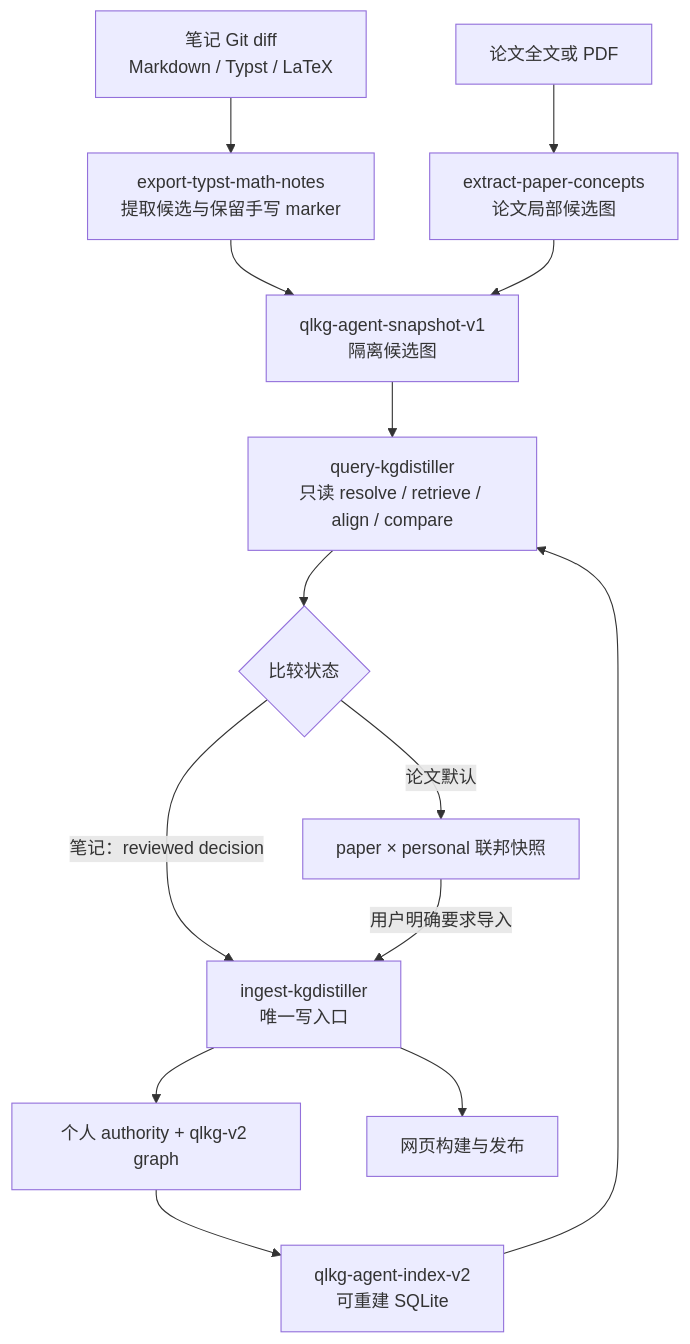
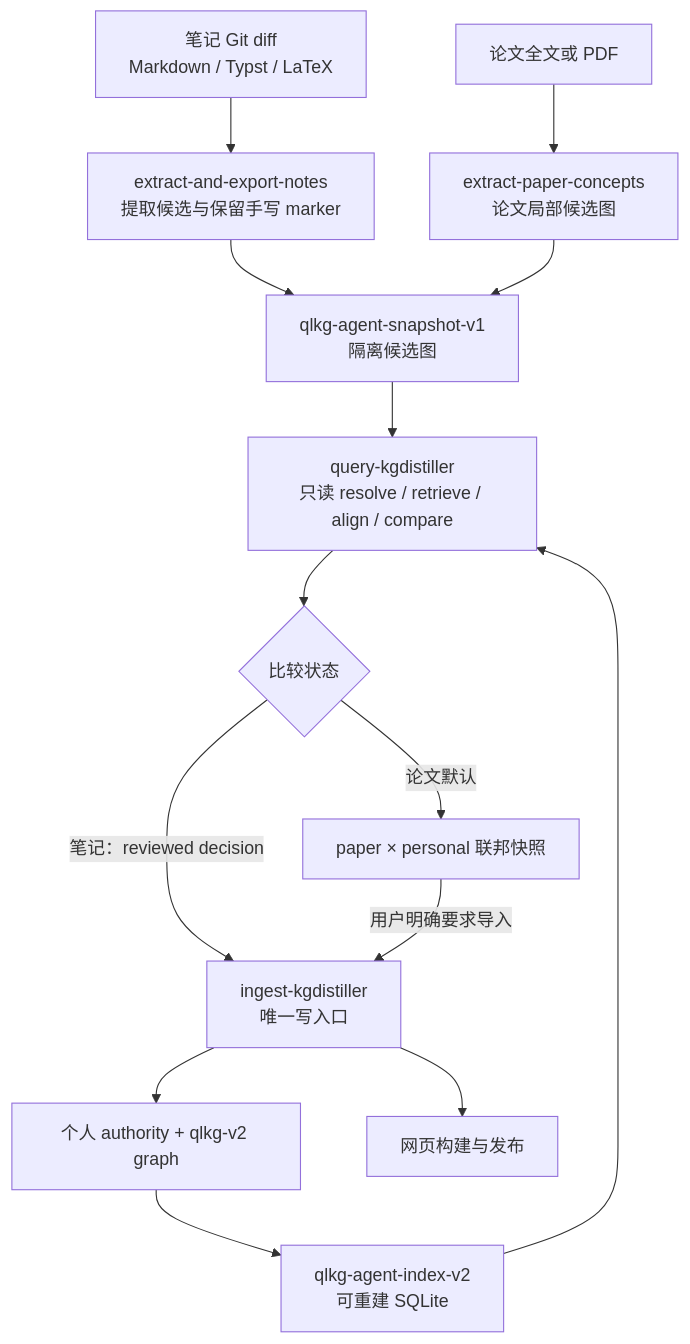
The diagram in knowledge/HANDOFF.md (qiulinfan/qiulinfan.github.io), drawn with Mermaid before and after one commit. The commit also changed other lines of this file and 18 other files, not shown here.

````diff
--- a/knowledge/HANDOFF.md
+++ b/knowledge/HANDOFF.md
@@ -114,16 +114,16 @@
 ```mermaid
 flowchart TD
-    N["笔记 Git diff<br/>Markdown / Typst / LaTeX"] --> NE["export-typst-math-notes<br/>提取候选与保留手写 marker"]
+    N["笔记 Git diff<br/>Markdown / Typst / LaTeX"] --> NE["extract-and-export-notes<br/>提取候选与保留手写 marker"]
     P["论文全文或 PDF"] --> PE["extract-paper-concepts<br/>论文局部候选图"]
     NE --> C["qlkg-agent-snapshot-v1<br/>隔离候选图"]
     PE --> C
     C --> Q["query-kgdistiller<br/>只读 resolve / retrieve / align / compare"]
     K["个人 authority + qlkg-v2 graph"] --> IDX["qlkg-agent-index-v2<br/>可重建 SQLite"]
     IDX --> Q
     Q --> R{"比较状态"}
     R -->|"笔记：reviewed decision"| I["ingest-kgdistiller<br/>唯一写入口"]
     I --> K
     I --> W["网页构建与发布"]
     R -->|"论文默认"| F["paper × personal 联邦快照"]
     F -->|"用户明确要求导入"| I
 ```
````
